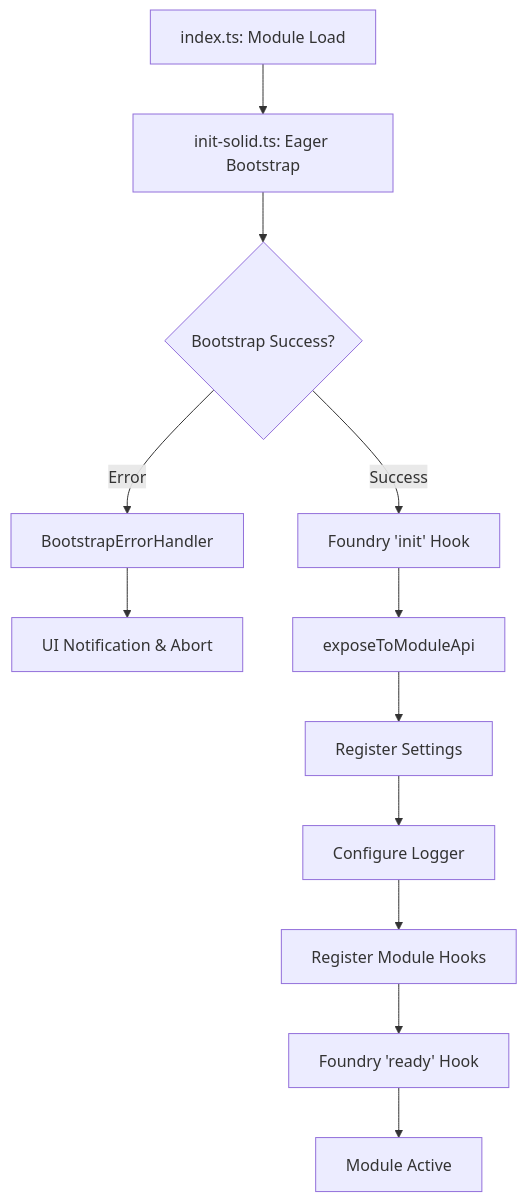
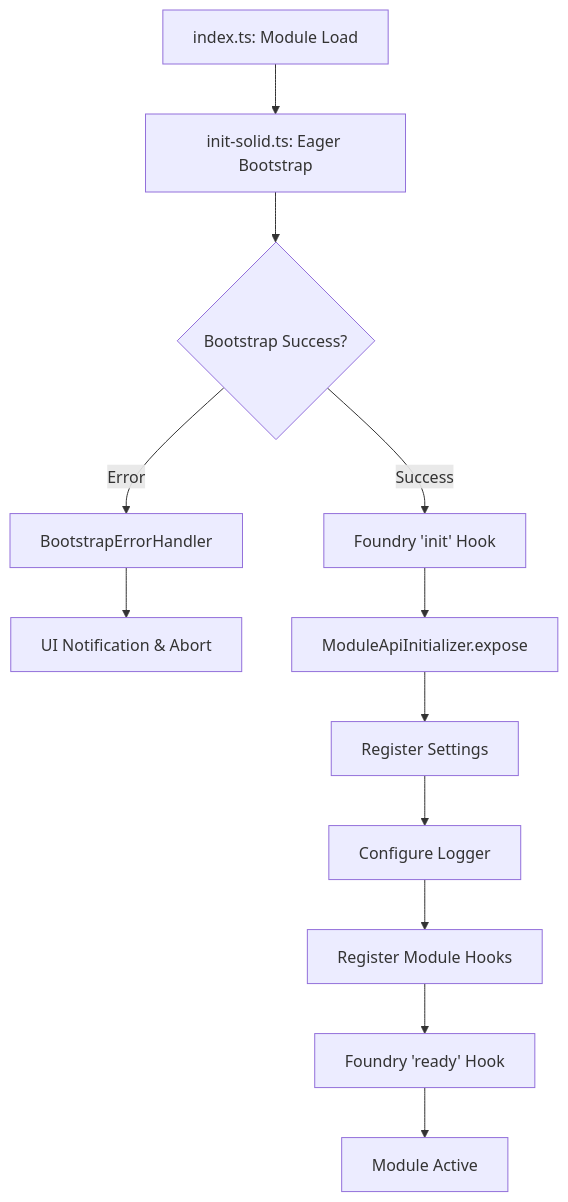
One commit to Lewellyen/fvtt_relationship_app_module changed the diagram in docs/BOOTFLOW.md. Above: the diagram before and after it, drawn with Mermaid. The commit also changed other lines of this file and 24 other files, not shown here.

Commit message:
release: v0.10.0 - ModuleApiInitializer

````diff
--- a/docs/BOOTFLOW.md
+++ b/docs/BOOTFLOW.md
@@ -25,14 +25,14 @@
 ```mermaid
 graph TD
     A[index.ts: Module Load] --> B[init-solid.ts: Eager Bootstrap]
     B --> C{Bootstrap Success?}
     C -->|Error| D[BootstrapErrorHandler]
     D --> E[UI Notification & Abort]
     C -->|Success| F[Foundry 'init' Hook]
-    F --> G[exposeToModuleApi]
+    F --> G[ModuleApiInitializer.expose]
     G --> H[Register Settings]
     H --> I[Configure Logger]
     I --> J[Register Module Hooks]
     J --> K[Foundry 'ready' Hook]
     K --> L[Module Active]
 ```
````
